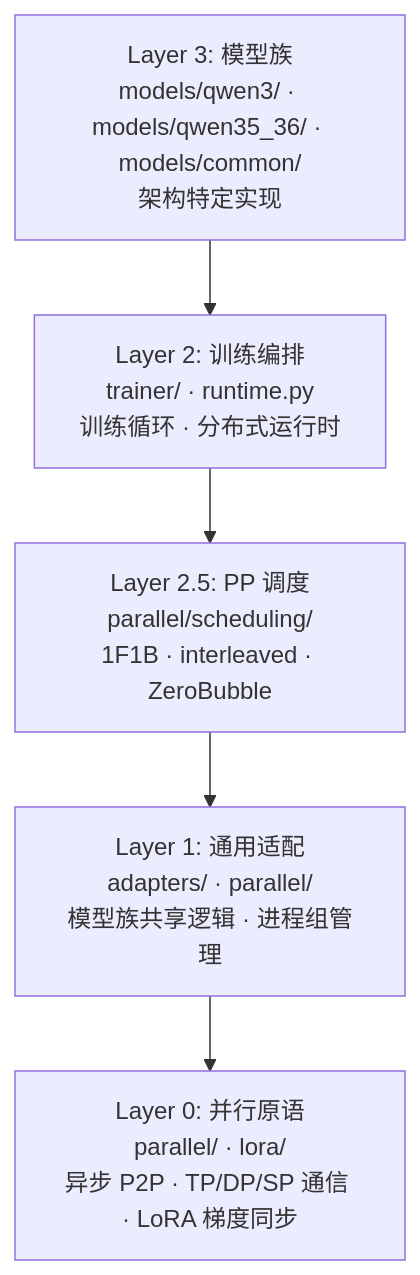
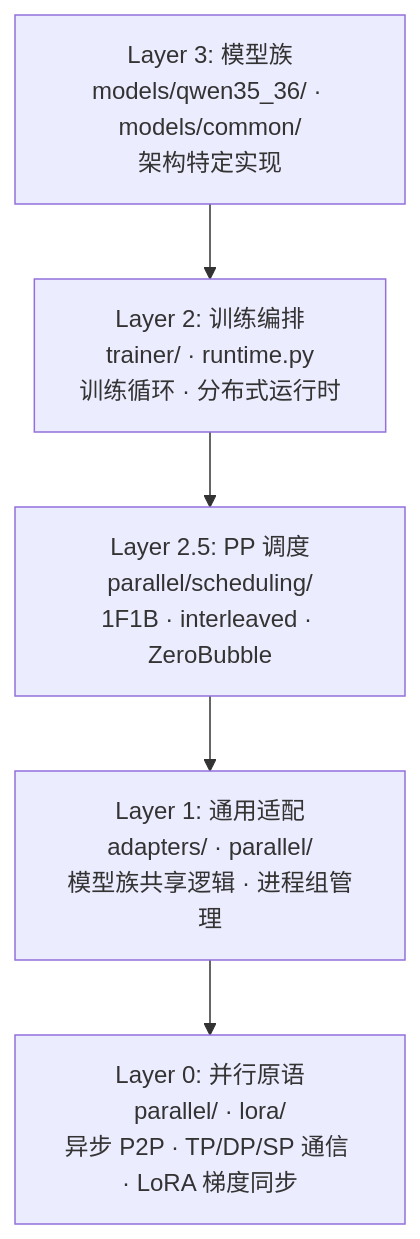
The fourth of 4 diagrams in docs/flow.md (godthrone/graspo), drawn with Mermaid before and after one commit. The commit also changed other lines of this file and 6 other files, not shown here.

````diff
--- a/docs/flow.md
+++ b/docs/flow.md
@@ -209,9 +210,9 @@
 ```mermaid
 flowchart TB
-    L3["Layer 3: 模型族<br/>models/qwen3/ · models/qwen35_36/ · models/common/<br/>架构特定实现"]
+    L3["Layer 3: 模型族<br/>models/qwen35_36/ · models/common/<br/>架构特定实现"]
     L2["Layer 2: 训练编排<br/>trainer/ · runtime.py<br/>训练循环 · 分布式运行时"]
     L2b["Layer 2.5: PP 调度<br/>parallel/scheduling/<br/>1F1B · interleaved · ZeroBubble"]
     L1["Layer 1: 通用适配<br/>adapters/ · parallel/<br/>模型族共享逻辑 · 进程组管理"]
     L0["Layer 0: 并行原语<br/>parallel/ · lora/<br/>异步 P2P · TP/DP/SP 通信 · LoRA 梯度同步"]
     L3 --> L2 --> L2b --> L1 --> L0
 ```
````
